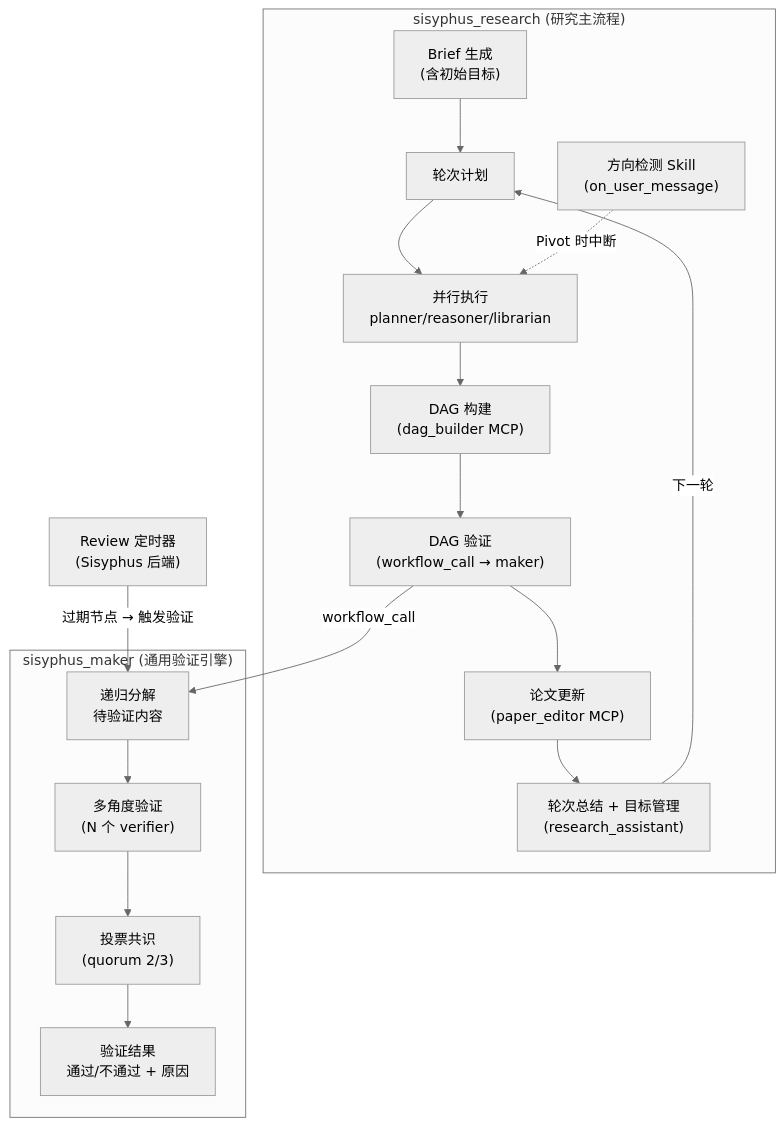
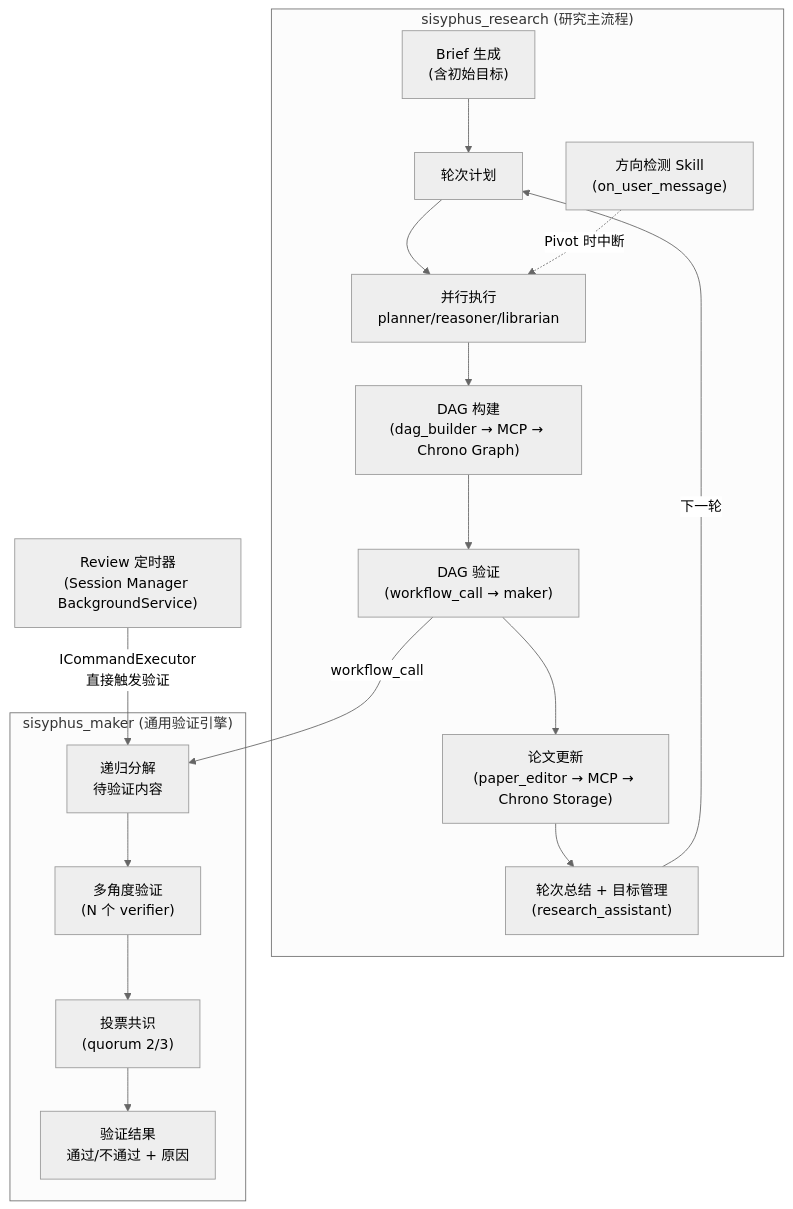
The second of 14 diagrams in apps/sisyphus/docs/Architecture.md (aevatarAI/aevatar), drawn with Mermaid (neutral theme) before and after one commit. The commit also changed other lines of this file, not shown here.

Commit message:
Architecture update

````diff
--- a/apps/sisyphus/docs/Architecture.md
+++ b/apps/sisyphus/docs/Architecture.md
@@ -108,31 +209,31 @@
 ```mermaid
 graph TB
     subgraph "sisyphus_research (研究主流程)"
         R_BRIEF["Brief 生成<br/>(含初始目标)"]
         R_PLAN["轮次计划"]
         R_WORKERS["并行执行<br/>planner/reasoner/librarian"]
-        R_DAG["DAG 构建<br/>(dag_builder MCP)"]
+        R_DAG["DAG 构建<br/>(dag_builder → MCP → Chrono Graph)"]
         R_VERIFY["DAG 验证<br/>(workflow_call → maker)"]
-        R_PAPER["论文更新<br/>(paper_editor MCP)"]
+        R_PAPER["论文更新<br/>(paper_editor → MCP → Chrono Storage)"]
         R_SUMMARY["轮次总结 + 目标管理<br/>(research_assistant)"]
         R_DIR["方向检测 Skill<br/>(on_user_message)"]
 
         R_BRIEF --> R_PLAN --> R_WORKERS --> R_DAG --> R_VERIFY --> R_PAPER --> R_SUMMARY
         R_SUMMARY -->|"下一轮"| R_PLAN
         R_DIR -.->|"Pivot 时中断"| R_WORKERS
     end
 
     subgraph "sisyphus_maker (通用验证引擎)"
         M_DECOMP["递归分解<br/>待验证内容"]
         M_VERIFY["多角度验证<br/>(N 个 verifier)"]
         M_VOTE["投票共识<br/>(quorum 2/3)"]
         M_RESULT["验证结果<br/>通过/不通过 + 原因"]
 
         M_DECOMP --> M_VERIFY --> M_VOTE --> M_RESULT
     end
 
     R_VERIFY -->|"workflow_call"| M_DECOMP
 
-    CRON["Review 定时器<br/>(Sisyphus 后端)"]
-    CRON -->|"过期节点 → 触发验证"| M_DECOMP
+    CRON["Review 定时器<br/>(Session Manager BackgroundService)"]
+    CRON -->|"ICommandExecutor<br/>直接触发验证"| M_DECOMP
 ```
````
